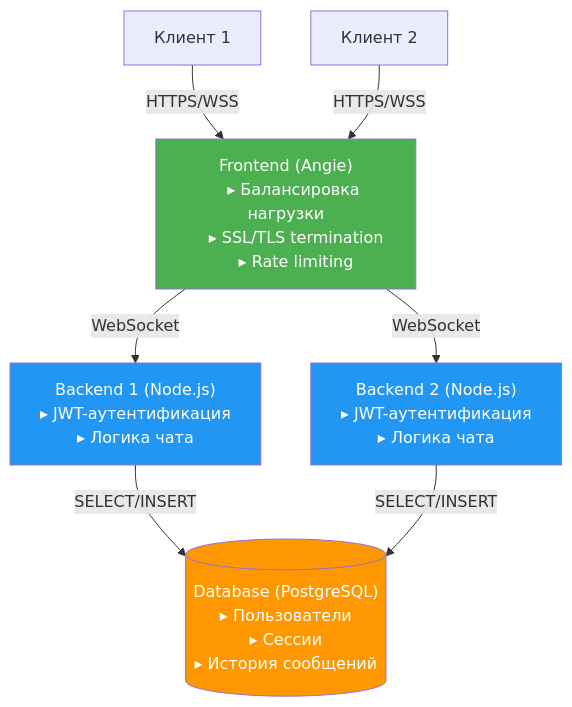
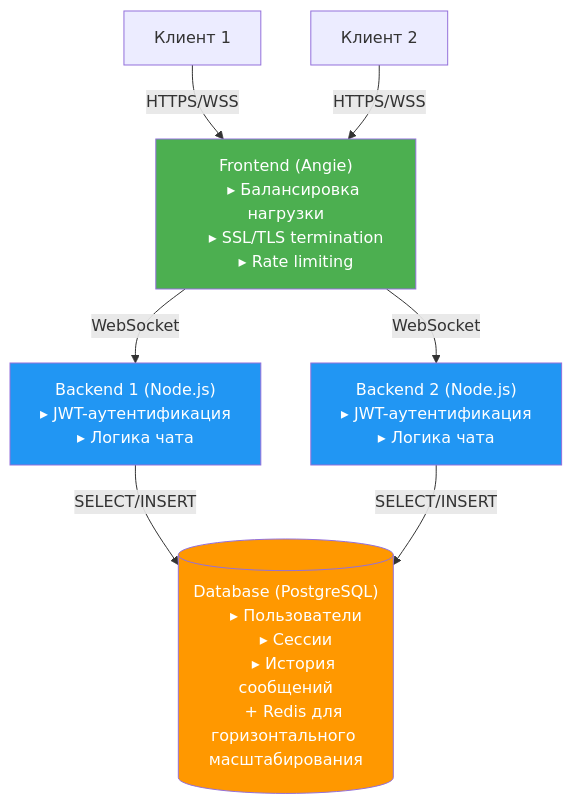
One commit to dbereznoy/diplom-angie changed the diagram in README.md. Above: the diagram before and after it, drawn with Mermaid.

````diff
--- a/README.md
+++ b/README.md
@@ -3,34 +3,35 @@
 ```mermaid
 graph TD;
     Client1[Клиент 1] -->|HTTPS/WSS| Frontend;
     Client2[Клиент 2] -->|HTTPS/WSS| Frontend;
     
     Frontend["Frontend (Angie)
     ▸ Балансировка нагрузки
     ▸ SSL/TLS termination
     ▸ Rate limiting"];
     
     Frontend -->|WebSocket| Backend1;
     Frontend -->|WebSocket| Backend2;
     
     Backend1["Backend 1 (Node.js)
     ▸ JWT-аутентификация
     ▸ Логика чата"];
     
     Backend2["Backend 2 (Node.js)
     ▸ JWT-аутентификация
     ▸ Логика чата"];
     
     Backend1 -->|SELECT/INSERT| Database;
     Backend2 -->|SELECT/INSERT| Database;
     
     Database[("Database (PostgreSQL)
     ▸ Пользователи
     ▸ Сессии
-    ▸ История сообщений")];
+    ▸ История сообщений
+    + Redis для горизонтального масштабирования")];
     
     style Frontend fill:#4CAF50,color:white
     style Backend1 fill:#2196F3,color:white
     style Backend2 fill:#2196F3,color:white
     style Database fill:#FF9800,color:white
 ```
````
